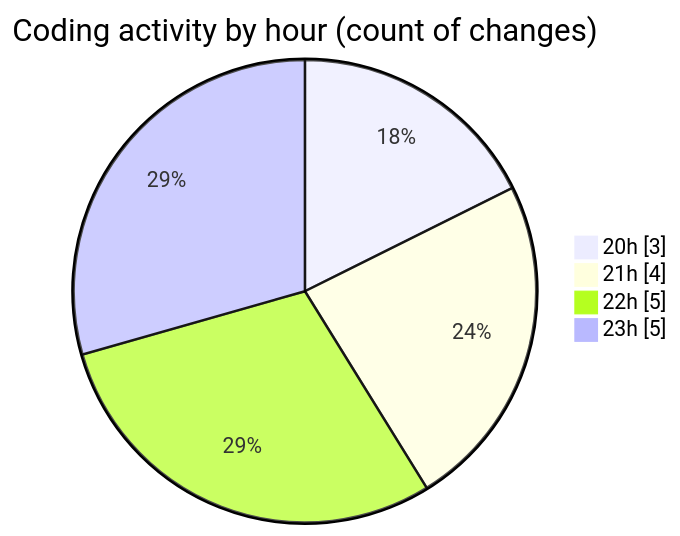
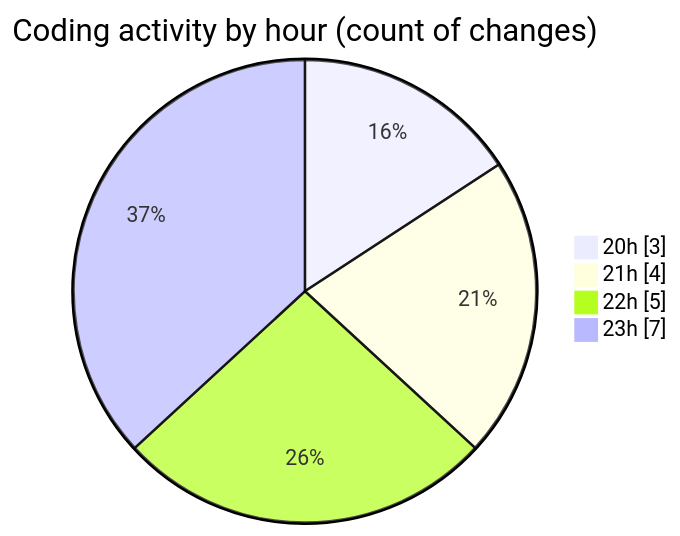
One commit to lephambinh05/code-tracking changed the second of 2 diagrams in 2025-09-07/quanlylink/README.md. Above: the diagram before and after it, drawn with Mermaid. The commit also changed other lines of this file and 1 other file, not shown here.

````diff
--- a/2025-09-07/quanlylink/README.md
+++ b/2025-09-07/quanlylink/README.md
@@ -49,8 +49,8 @@
 ```mermaid
 pie showData
 title Coding activity by hour (count of changes)
 "20h" : 3
 "21h" : 4
 "22h" : 5
-"23h" : 5
+"23h" : 7
 ```
````
